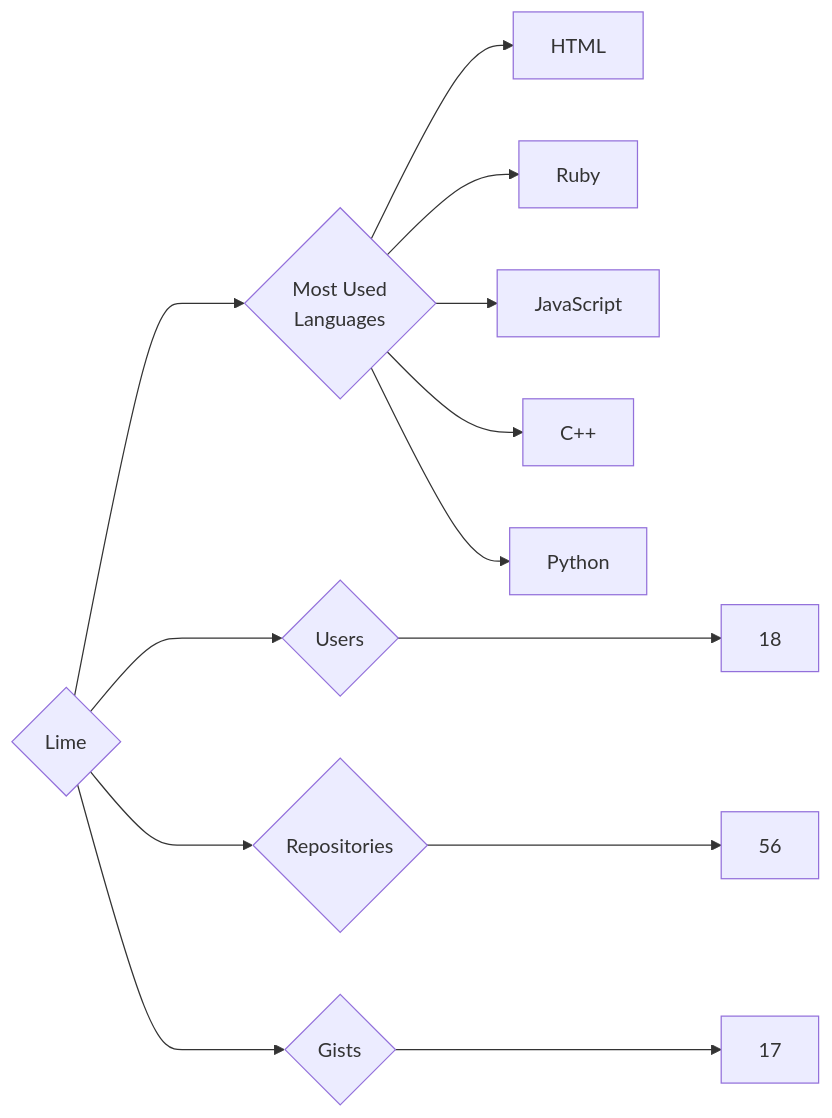
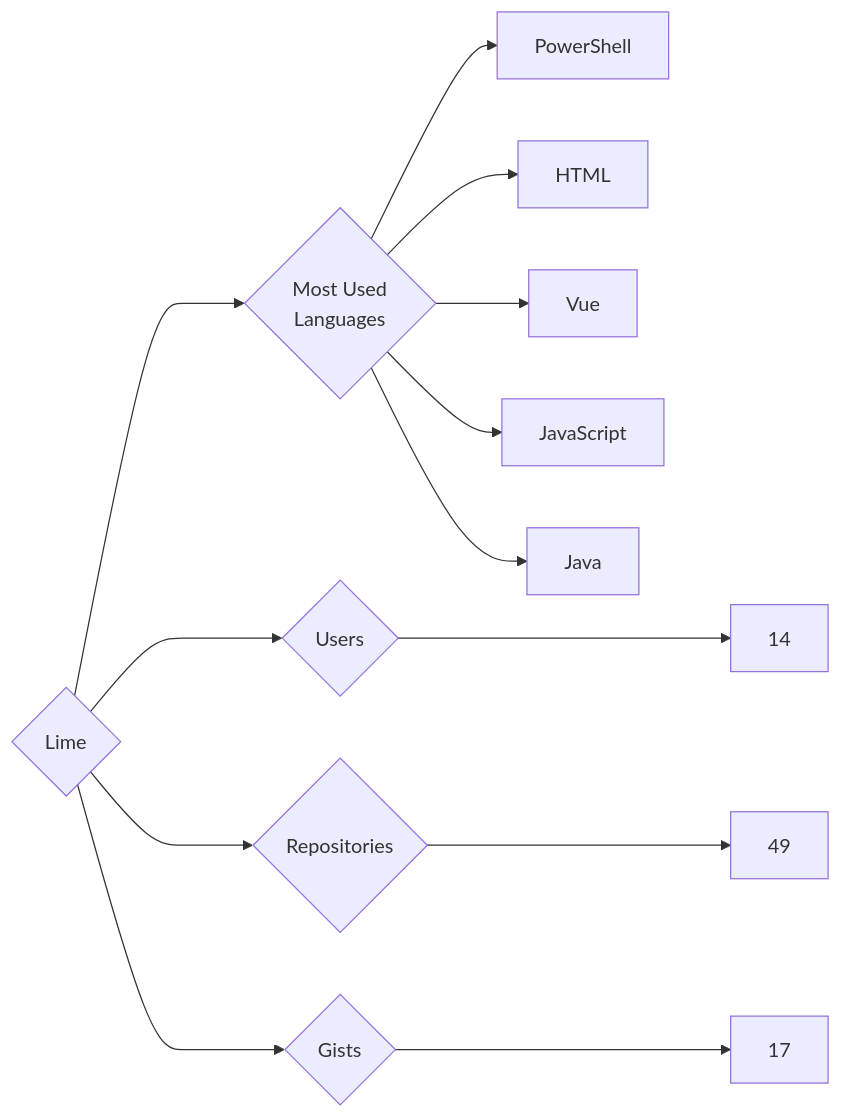
The diagram in targets/Lime/README.md (trickest/insiders), drawn with Mermaid before and after one commit. The commit also changed 1084 other files, not shown here.

````diff
--- a/targets/Lime/README.md
+++ b/targets/Lime/README.md
@@ -3,13 +3,13 @@
 ```mermaid
 graph LR
 COMPANY_NAME{Lime}
-COMPANY_NAME ---> U{Users} ---> UN[18]
-COMPANY_NAME ---> R{Repositories} ---> RN[56]
+COMPANY_NAME ---> U{Users} ---> UN[14]
+COMPANY_NAME ---> R{Repositories} ---> RN[49]
 COMPANY_NAME ---> G{Gists} ---> GN[17]
 COMPANY_NAME ---> ML{Most Used<br>Languages}
+ML --> PowerShell[PowerShell]
 ML --> HTML[HTML]
-ML --> Ruby[Ruby]
+ML --> Vue[Vue]
 ML --> JavaScript[JavaScript]
-ML --> C++[C++]
-ML --> Python[Python]
+ML --> Java[Java]
 ```
````
